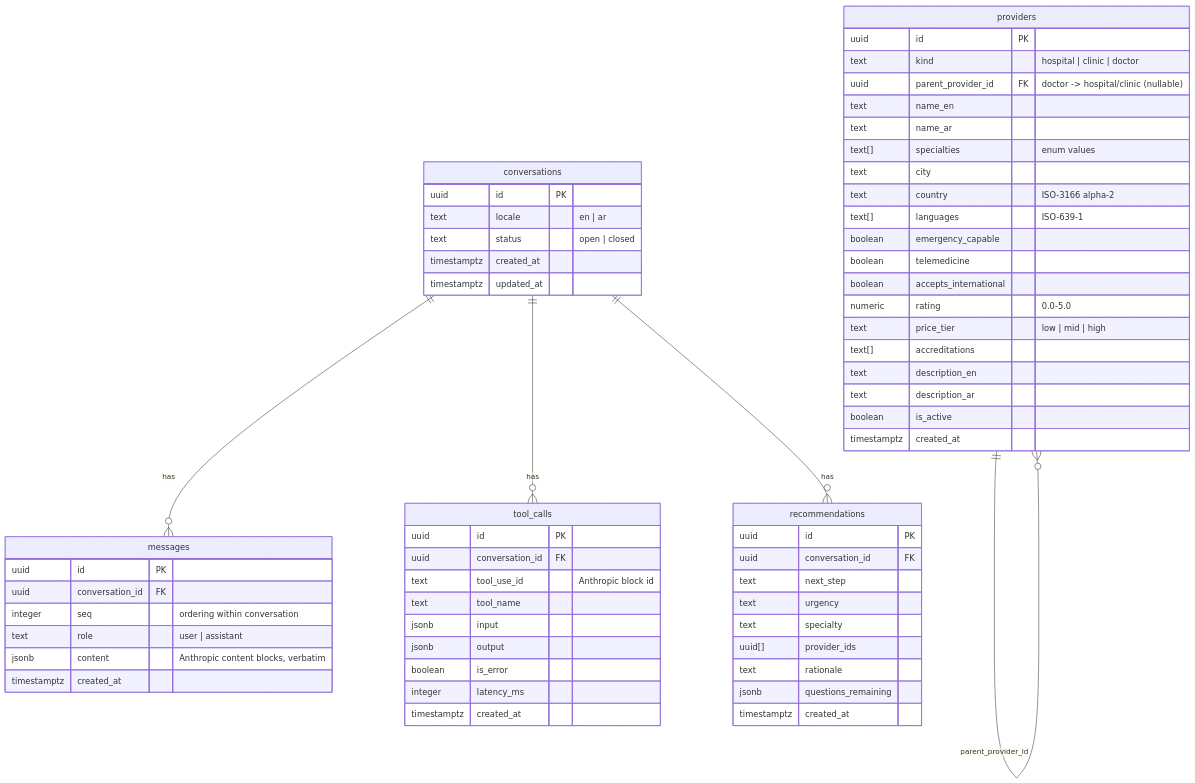
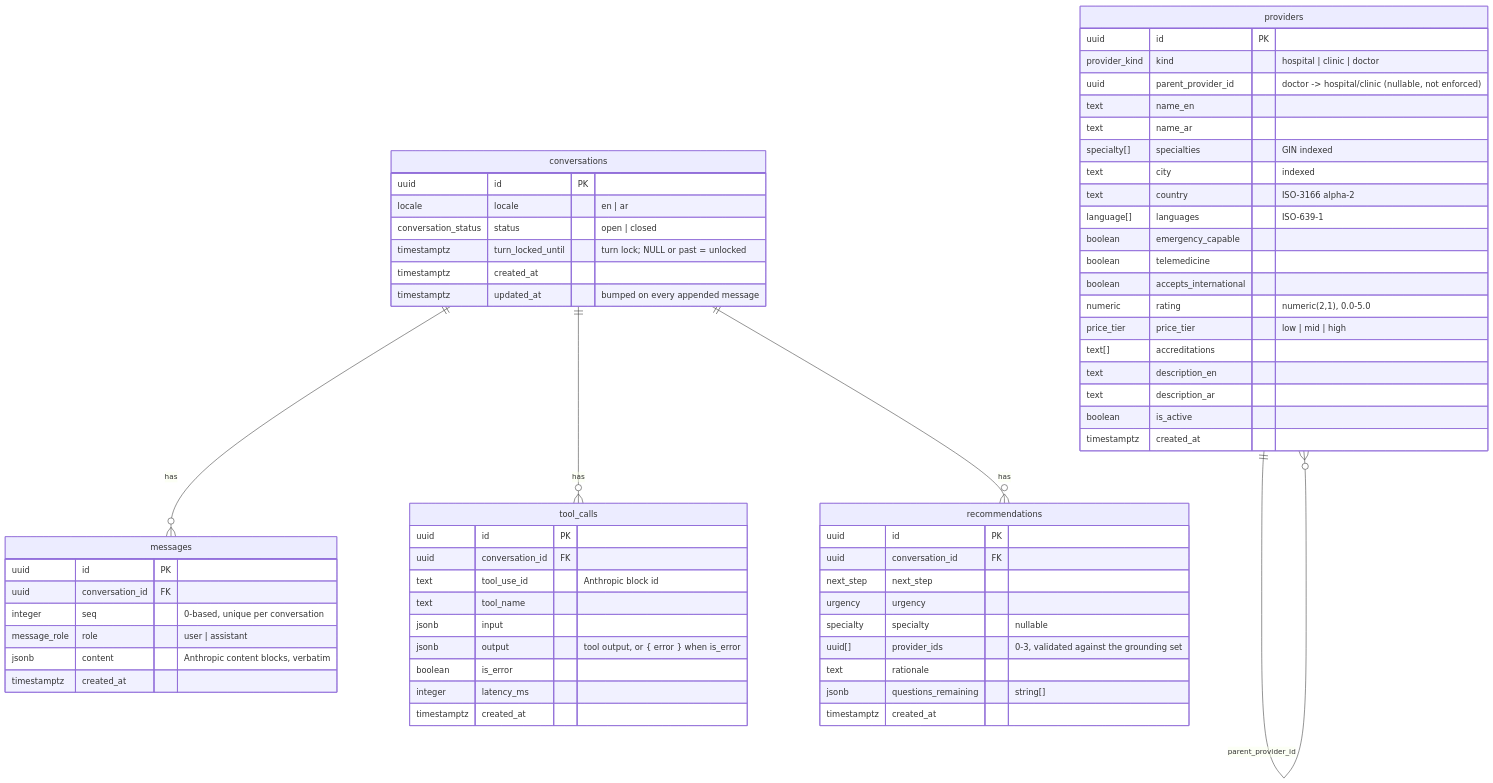
Before and after one commit to wajidalii/healtrip-ai-assistant: the diagram in docs/DATABASE.md, drawn with Mermaid. The commit also changed other lines of this file and 6 other files, not shown here.

````diff
--- a/docs/DATABASE.md
+++ b/docs/DATABASE.md
@@ -5,65 +7,66 @@
 ```mermaid
 erDiagram
     providers {
         uuid id PK
-        text kind "hospital | clinic | doctor"
-        uuid parent_provider_id FK "doctor -> hospital/clinic (nullable)"
+        provider_kind kind "hospital | clinic | doctor"
+        uuid parent_provider_id "doctor -> hospital/clinic (nullable, not enforced)"
         text name_en
         text name_ar
-        text[] specialties "enum values"
-        text city
+        specialty[] specialties "GIN indexed"
+        text city "indexed"
         text country "ISO-3166 alpha-2"
-        text[] languages "ISO-639-1"
+        language[] languages "ISO-639-1"
         boolean emergency_capable
         boolean telemedicine
         boolean accepts_international
-        numeric rating "0.0-5.0"
-        text price_tier "low | mid | high"
+        numeric rating "numeric(2,1), 0.0-5.0"
+        price_tier price_tier "low | mid | high"
         text[] accreditations
         text description_en
         text description_ar
         boolean is_active
         timestamptz created_at
     }
     conversations {
         uuid id PK
-        text locale "en | ar"
-        text status "open | closed"
+        locale locale "en | ar"
+        conversation_status status "open | closed"
+        timestamptz turn_locked_until "turn lock; NULL or past = unlocked"
         timestamptz created_at
-        timestamptz updated_at
+        timestamptz updated_at "bumped on every appended message"
     }
     messages {
         uuid id PK
         uuid conversation_id FK
-        integer seq "ordering within conversation"
-        text role "user | assistant"
+        integer seq "0-based, unique per conversation"
+        message_role role "user | assistant"
         jsonb content "Anthropic content blocks, verbatim"
         timestamptz created_at
     }
     tool_calls {
         uuid id PK
         uuid conversation_id FK
         text tool_use_id "Anthropic block id"
         text tool_name
         jsonb input
-        jsonb output
+        jsonb output "tool output, or { error } when is_error"
         boolean is_error
         integer latency_ms
         timestamptz created_at
     }
     recommendations {
         uuid id PK
         uuid conversation_id FK
-        text next_step
-        text urgency
-        text specialty
-        uuid[] provider_ids
+        next_step next_step
+        urgency urgency
+        specialty specialty "nullable"
+        uuid[] provider_ids "0-3, validated against the grounding set"
         text rationale
-        jsonb questions_remaining
+        jsonb questions_remaining "string[]"
         timestamptz created_at
     }
     providers ||--o{ providers : "parent_provider_id"
     conversations ||--o{ messages : has
     conversations ||--o{ tool_calls : has
     conversations ||--o{ recommendations : has
 ```
````
